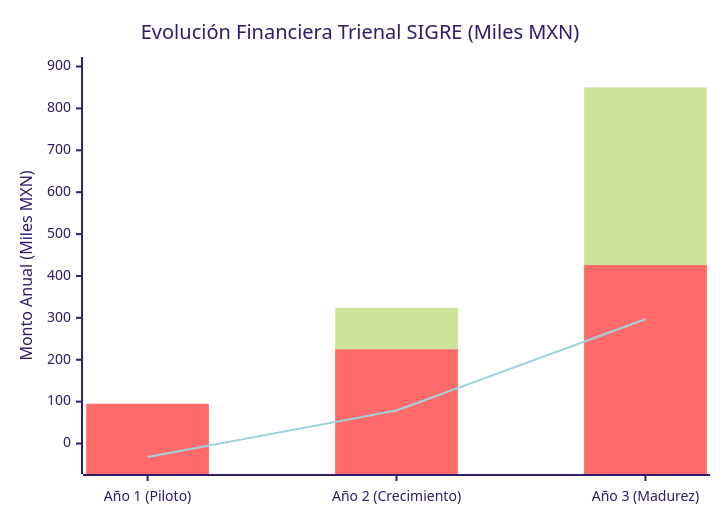
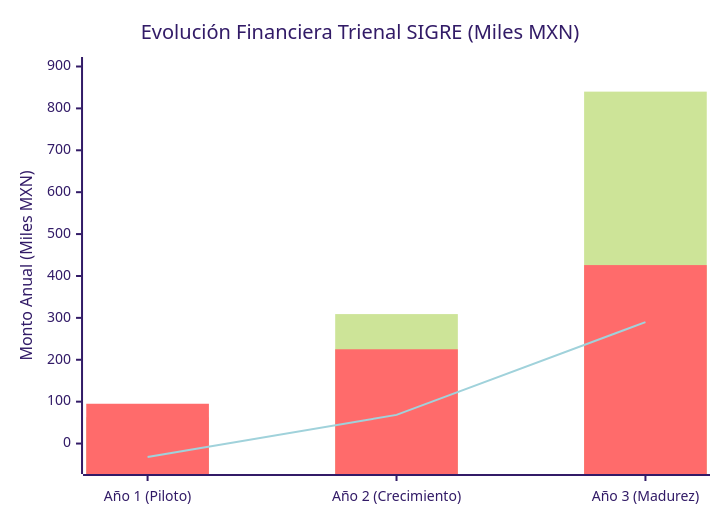
One commit to ErnestoFM/Inversion changed the seventh of 7 diagrams in docs/Propuesta_Inversion_SIGRE_Corregida.md. Above: the diagram before and after it, drawn with Mermaid (forest theme). The commit also changed other lines of this file and 12 other files, not shown here.

````diff
--- a/docs/Propuesta_Inversion_SIGRE_Corregida.md
+++ b/docs/Propuesta_Inversion_SIGRE_Corregida.md
@@ -298,9 +305,9 @@
 ```mermaid
 xychart-beta
     title "Evolución Financiera Trienal SIGRE (Miles MXN)"
     x-axis ["Año 1 (Piloto)", "Año 2 (Crecimiento)", "Año 3 (Madurez)"]
     y-axis "Monto Anual (Miles MXN)" -50 --> 900
-    bar [63, 324, 850]
+    bar [63, 309, 840]
     bar [95, 225, 426]
-    line [-32, 78.9, 296.8]
+    line [-32, 68.4, 289.8]
 ```
````
